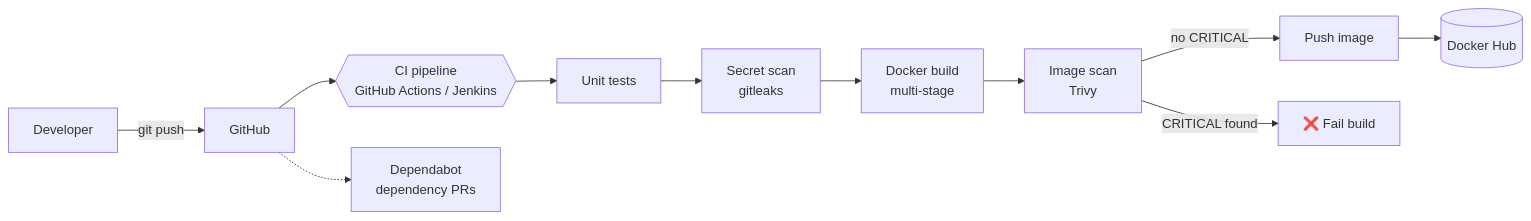
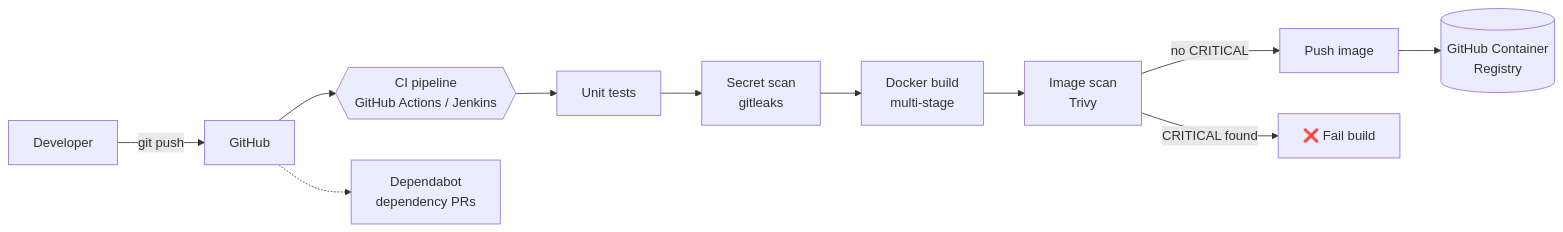
The diagram in README.md (nourseen6/secure-cicd-pipeline), drawn with Mermaid before and after one commit. The commit also changed other lines of this file, not shown here.

````diff
--- a/README.md
+++ b/README.md
@@ -11,13 +13,13 @@
 ```mermaid
 flowchart LR
     dev[Developer] -->|git push| gh[GitHub]
     gh --> ci{{CI pipeline<br/>GitHub Actions / Jenkins}}
     ci --> test[Unit tests]
     test --> secrets[Secret scan<br/>gitleaks]
     secrets --> build[Docker build<br/>multi-stage]
     build --> scan[Image scan<br/>Trivy]
     scan -->|no CRITICAL| push[Push image]
     scan -->|CRITICAL found| fail[❌ Fail build]
-    push --> reg[(Docker Hub)]
+    push --> reg[(GitHub Container<br/>Registry)]
     gh -.-> dep[Dependabot<br/>dependency PRs]
 ```
````
